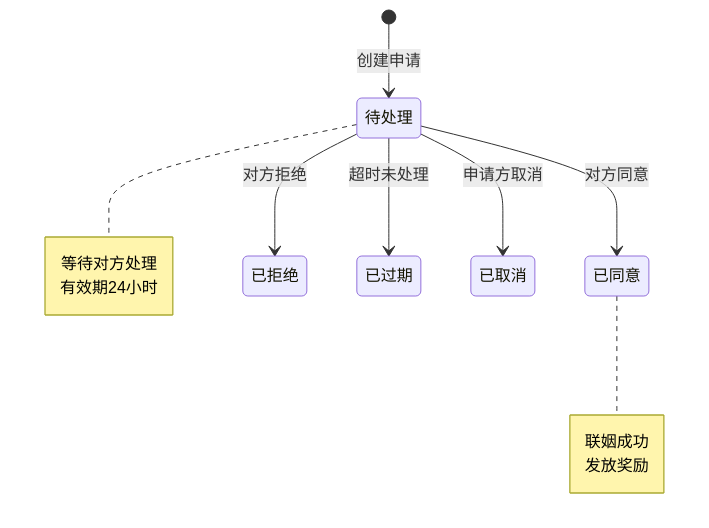
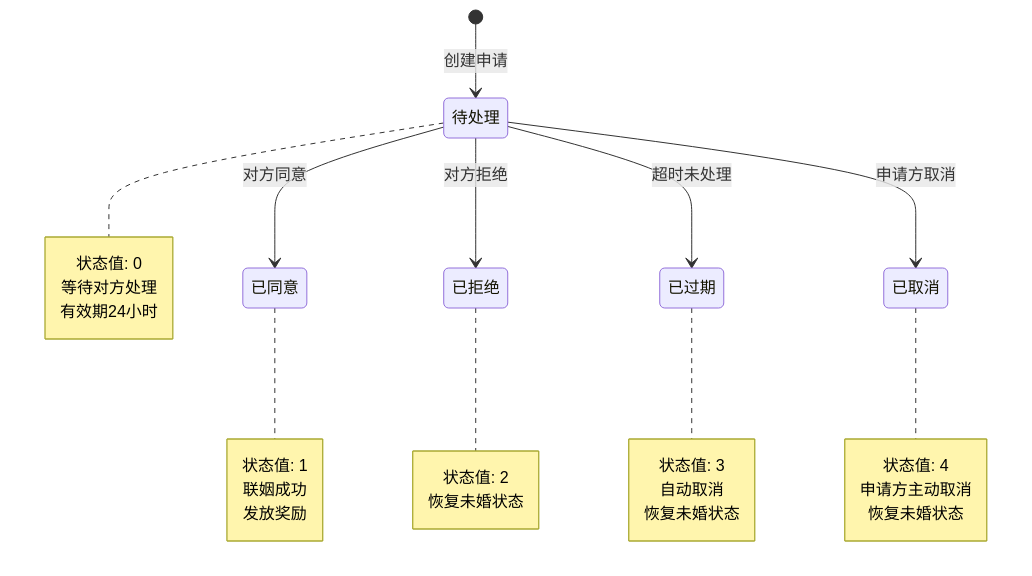
Before and after one commit to Alan-Ben/k2c_game_framework: the second of 10 diagrams in docs/Module_Child/06_实现细节.md, drawn with Mermaid. The commit also changed other lines of this file, not shown here.

````diff
--- a/docs/Module_Child/06_实现细节.md
+++ b/docs/Module_Child/06_实现细节.md
@@ -108,18 +138,37 @@
 ```mermaid
 stateDiagram-v2
     [*] --> 待处理: 创建申请
     待处理 --> 已同意: 对方同意
     待处理 --> 已拒绝: 对方拒绝
     待处理 --> 已过期: 超时未处理
     待处理 --> 已取消: 申请方取消
 
     note right of 待处理
+        状态值: 0
         等待对方处理
         有效期24小时
     end note
 
     note right of 已同意
+        状态值: 1
         联姻成功
         发放奖励
     end note
+
+    note right of 已拒绝
+        状态值: 2
+        恢复未婚状态
+    end note
+
+    note right of 已过期
+        状态值: 3
+        自动取消
+        恢复未婚状态
+    end note
+
+    note right of 已取消
+        状态值: 4
+        申请方主动取消
+        恢复未婚状态
+    end note
 ```
````
